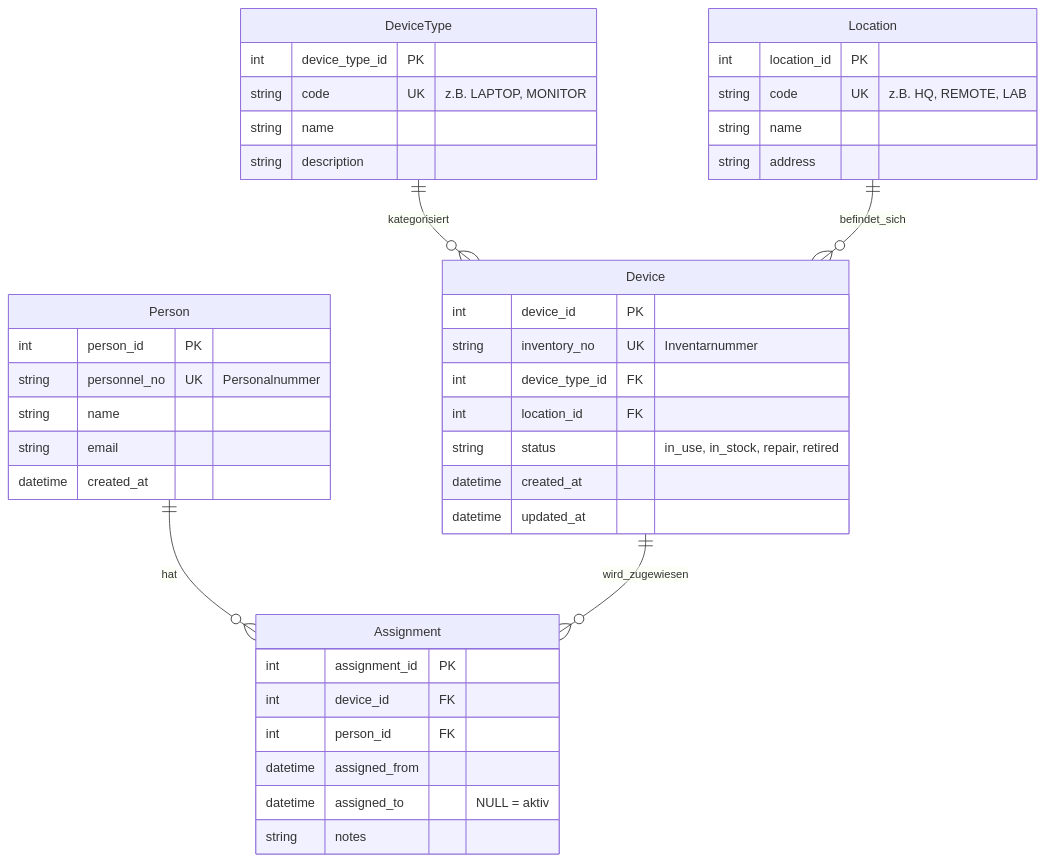
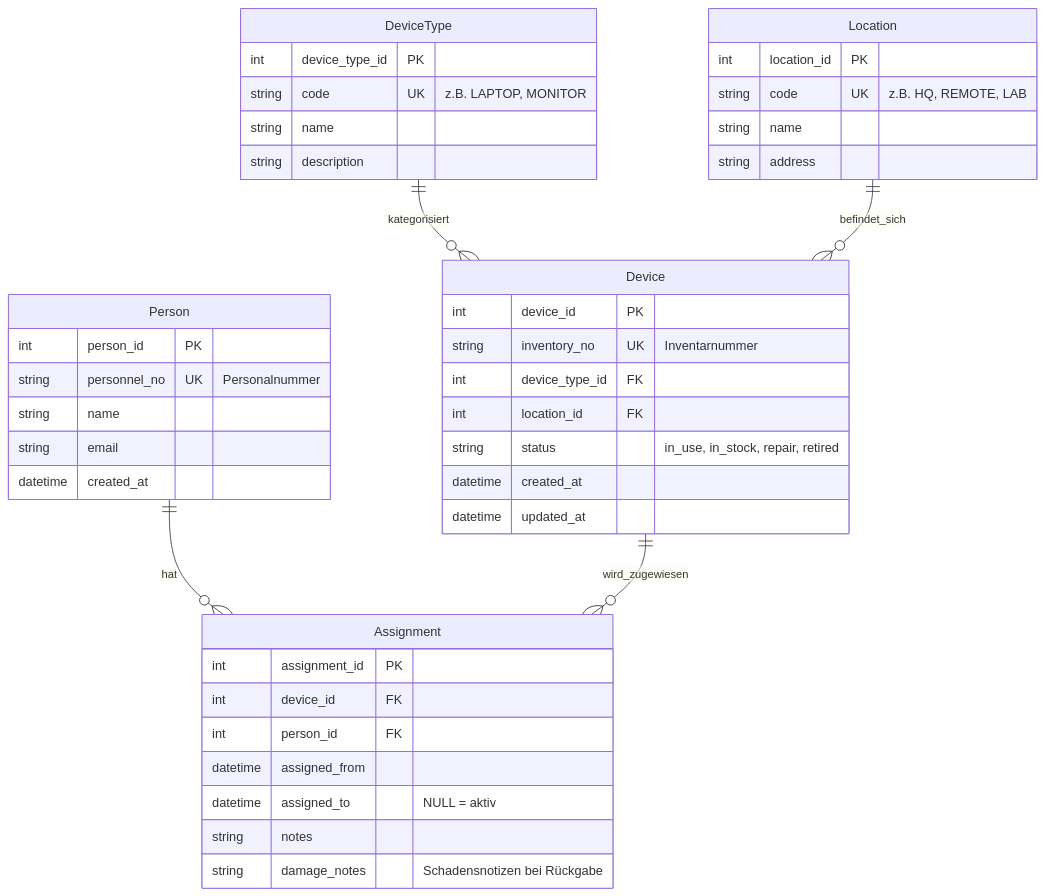
The diagram in minimal-starter-db-light-plus-mqtt/docs/domain.md (wtc0629/praxisnachbereitung-ws25), drawn with Mermaid before and after one commit. The commit also changed 26 other files, not shown here.

````diff
--- a/minimal-starter-db-light-plus-mqtt/docs/domain.md
+++ b/minimal-starter-db-light-plus-mqtt/docs/domain.md
@@ -4,48 +4,49 @@
 ```mermaid
 erDiagram
     Person ||--o{ Assignment : "hat"
     Device ||--o{ Assignment : "wird_zugewiesen"
     DeviceType ||--o{ Device : "kategorisiert"
     Location ||--o{ Device : "befindet_sich"
     
     Person {
         int person_id PK
         string personnel_no UK "Personalnummer"
         string name
         string email
         datetime created_at
     }
     
     DeviceType {
         int device_type_id PK
         string code UK "z.B. LAPTOP, MONITOR"
         string name
         string description
     }
     
     Location {
         int location_id PK
         string code UK "z.B. HQ, REMOTE, LAB"
         string name
         string address
     }
     
     Device {
         int device_id PK
         string inventory_no UK "Inventarnummer"
         int device_type_id FK
         int location_id FK
         string status "in_use, in_stock, repair, retired"
         datetime created_at
         datetime updated_at
     }
     
     Assignment {
         int assignment_id PK
         int device_id FK
         int person_id FK
         datetime assigned_from
         datetime assigned_to "NULL = aktiv"
         string notes
+        string damage_notes "Schadensnotizen bei Rückgabe"
     }
 ```
````
